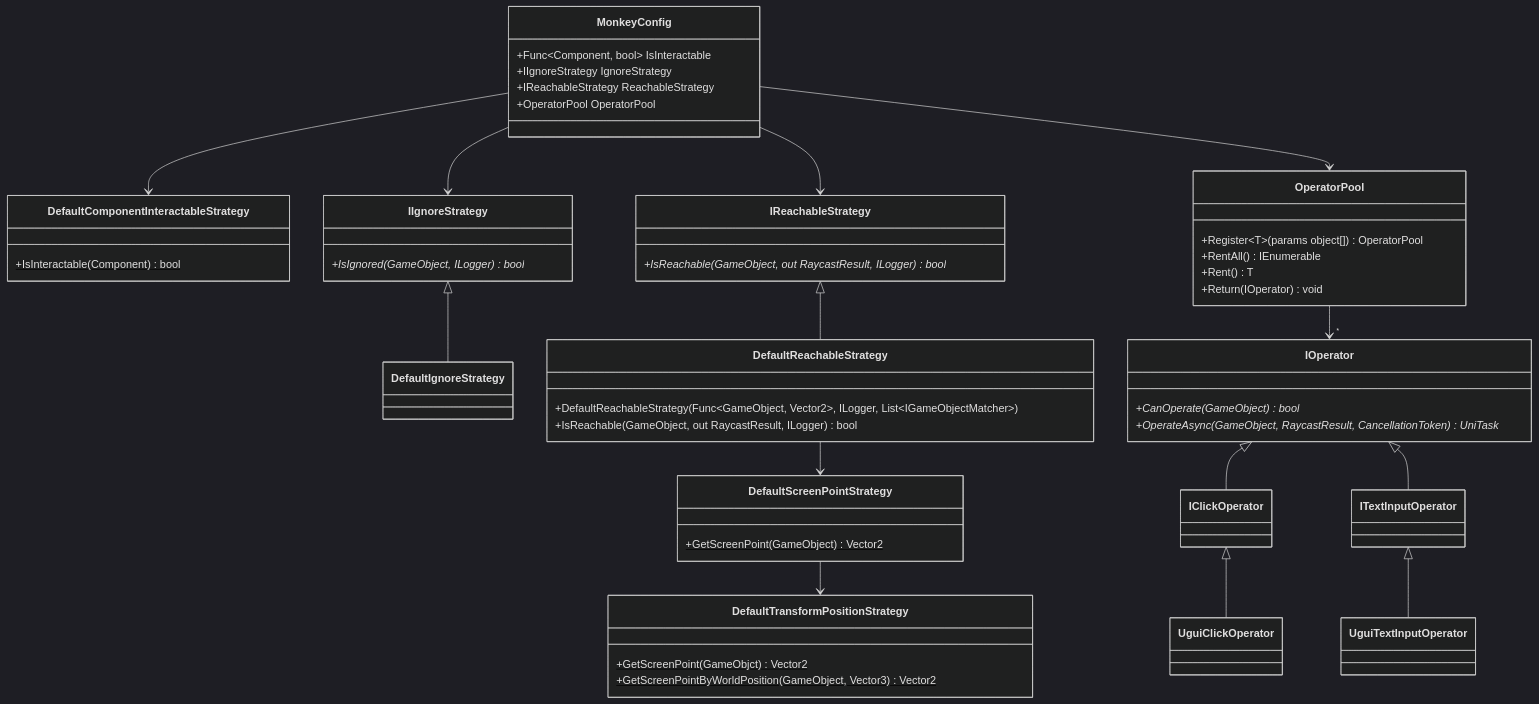
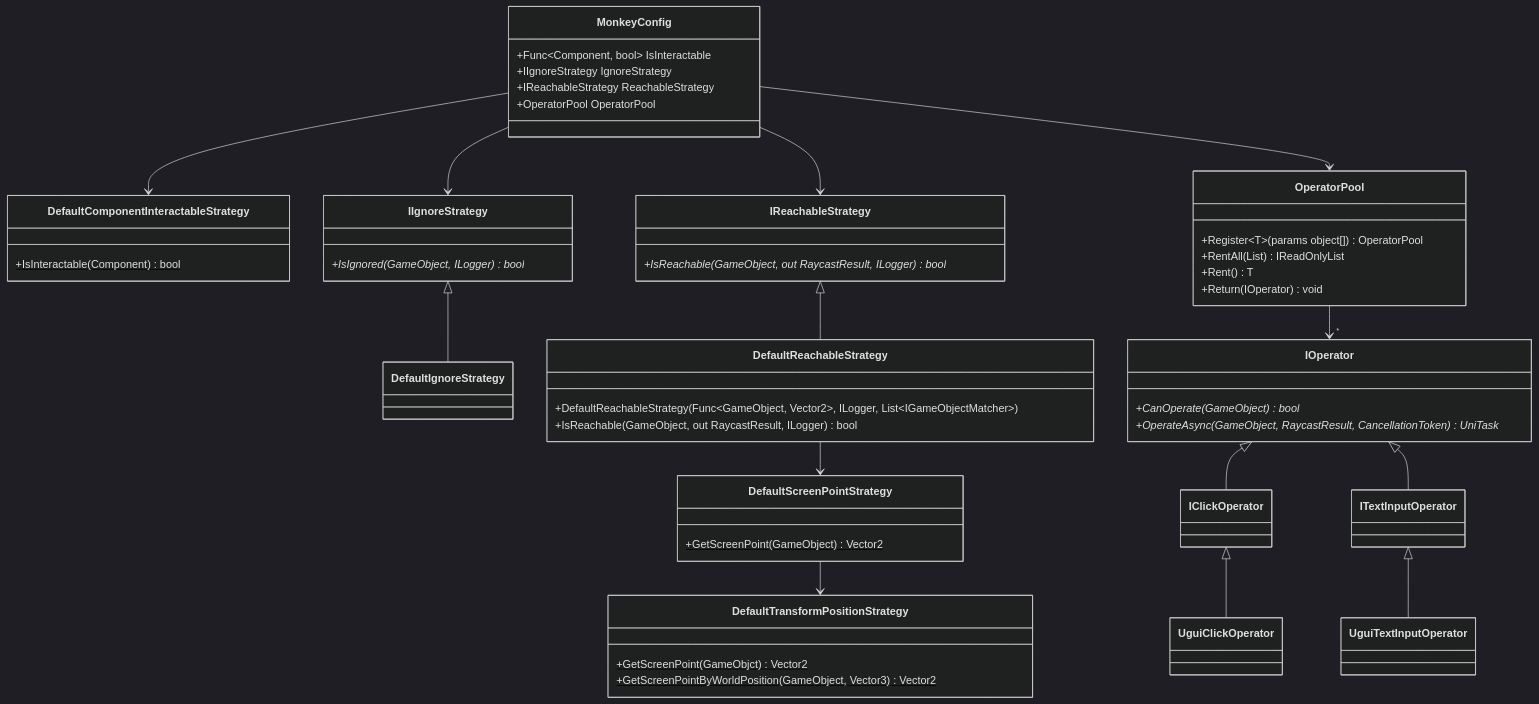
The diagram in README.md (nowsprinting/test-helper.ui), drawn with Mermaid (dark theme) before and after one commit. The commit also changed other lines of this file and 1 other file, not shown here.

Commit message:
Add TestHelperUI3002 rule documentation
RentAll without a list allocates a new list on every call, which produces
GC garbage in hot paths such as per-frame operator lookup. The rule nudges
callers toward passing a reusable list. Also correct the RentAll signature
in the README class diagram.

````diff
--- a/README.md
+++ b/README.md
@@ -427,66 +427,66 @@
 ```mermaid
 classDiagram
     class MonkeyConfig {
         +Func&lt;Component, bool&gt; IsInteractable
         +IIgnoreStrategy IgnoreStrategy
         +IReachableStrategy ReachableStrategy
         +OperatorPool OperatorPool
     }
 
     MonkeyConfig --> DefaultComponentInteractableStrategy
 
     class DefaultComponentInteractableStrategy {
         +IsInteractable(Component) bool$
     }
 
     MonkeyConfig --> IIgnoreStrategy
     IIgnoreStrategy <|-- DefaultIgnoreStrategy
 
     class IIgnoreStrategy {
         +IsIgnored(GameObject, ILogger) bool*
     }
 
     MonkeyConfig --> IReachableStrategy
     IReachableStrategy <|-- DefaultReachableStrategy
     DefaultReachableStrategy --> DefaultScreenPointStrategy
     DefaultScreenPointStrategy --> DefaultTransformPositionStrategy
 
     class IReachableStrategy {
         +IsReachable(GameObject, out RaycastResult, ILogger) bool*
     }
 
     class DefaultReachableStrategy {
         +DefaultReachableStrategy(Func&lt;GameObject, Vector2&gt;, ILogger, List&lt;IGameObjectMatcher&gt;)
         +IsReachable(GameObject, out RaycastResult, ILogger) bool
     }
 
     class DefaultScreenPointStrategy {
         +GetScreenPoint(GameObject) Vector2$
     }
 
     class DefaultTransformPositionStrategy {
         +GetScreenPoint(GameObjct) Vector2$
         +GetScreenPointByWorldPosition(GameObject, Vector3) Vector2$
     }
 
     MonkeyConfig --> OperatorPool
     OperatorPool --> "*" IOperator
 
     class OperatorPool {
         +Register&lt;T&gt;(params object[]) OperatorPool
-        +RentAll() IEnumerable<IOperator>
+        +RentAll(List<IOperator>) IReadOnlyList<IOperator>
         +Rent<T>() T
         +Return(IOperator) void
     }
 
     class IOperator {
         +CanOperate(GameObject) bool*
         +OperateAsync(GameObject, RaycastResult, CancellationToken) UniTask*
     }
 
     IOperator <|-- IClickOperator
     IClickOperator <|-- UguiClickOperator
 
     IOperator <|-- ITextInputOperator
     ITextInputOperator <|-- UguiTextInputOperator
 ```
````
